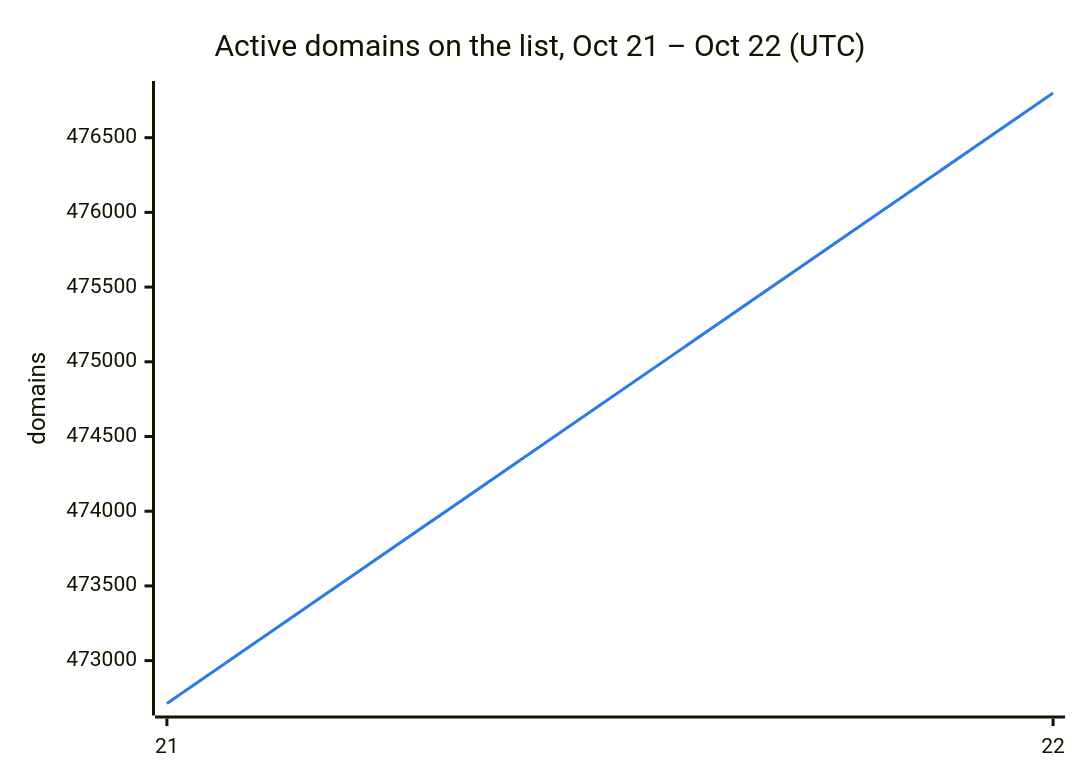
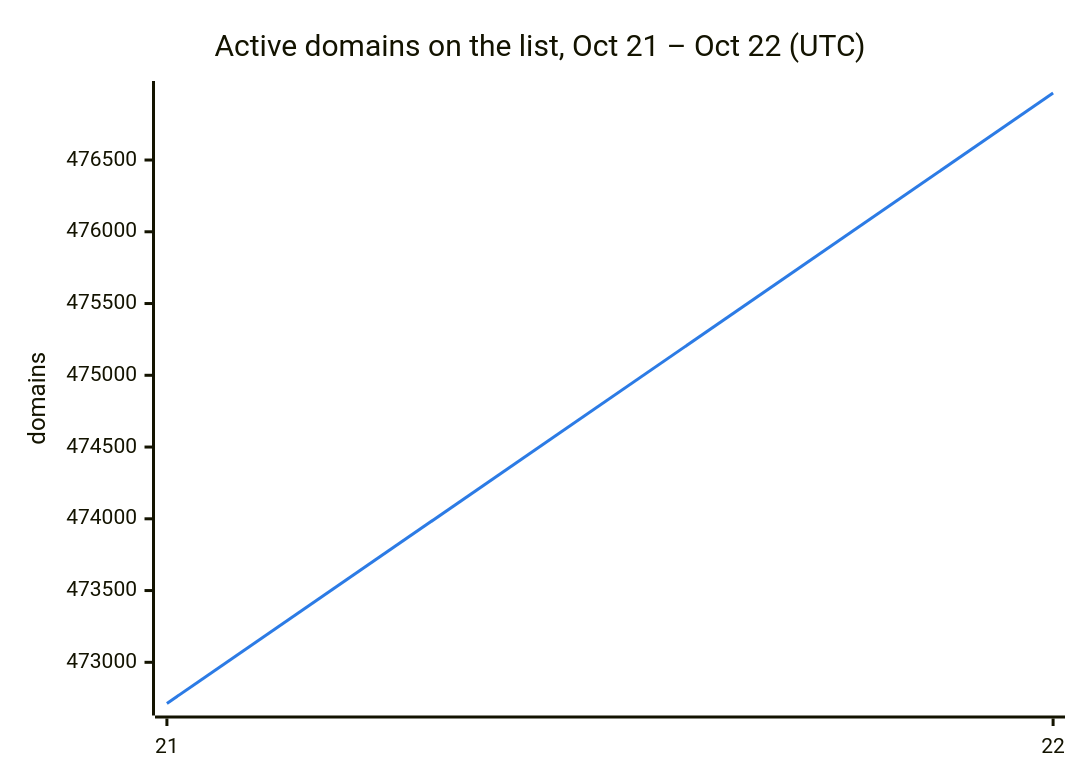
One commit to DNSBunker/CTI changed the second of 3 diagrams in README.md. Above: the diagram before and after it, drawn with Mermaid. The commit also changed other lines of this file and 3 other files, not shown here.

````diff
--- a/README.md
+++ b/README.md
@@ -38,8 +38,8 @@
 ```mermaid
 %%{init: {"themeVariables": {"xyChart": {"plotColorPalette": "#2c7be5"}}}}%%
 xychart-beta
     title "Active domains on the list, Oct 21 – Oct 22 (UTC)"
     x-axis ["21", "22"]
     y-axis "domains"
-    line [472713, 476799]
+    line [472713, 476967]
 ```
````
